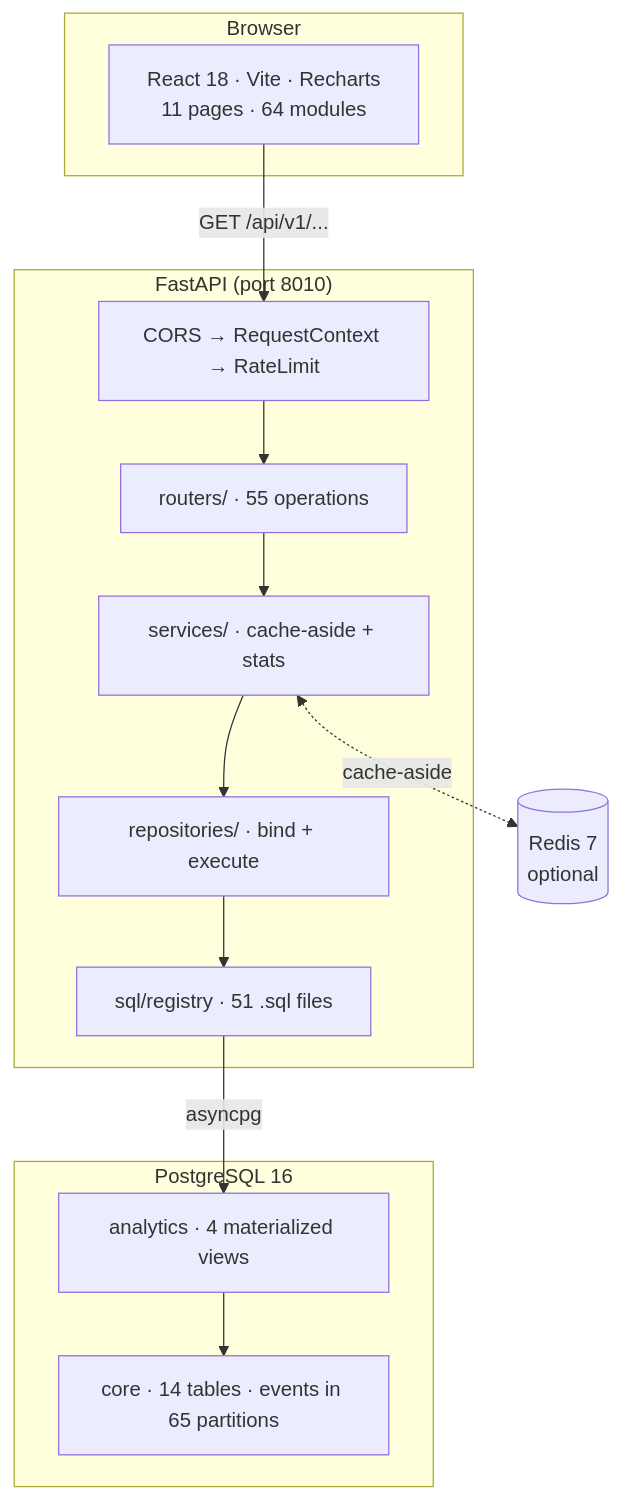
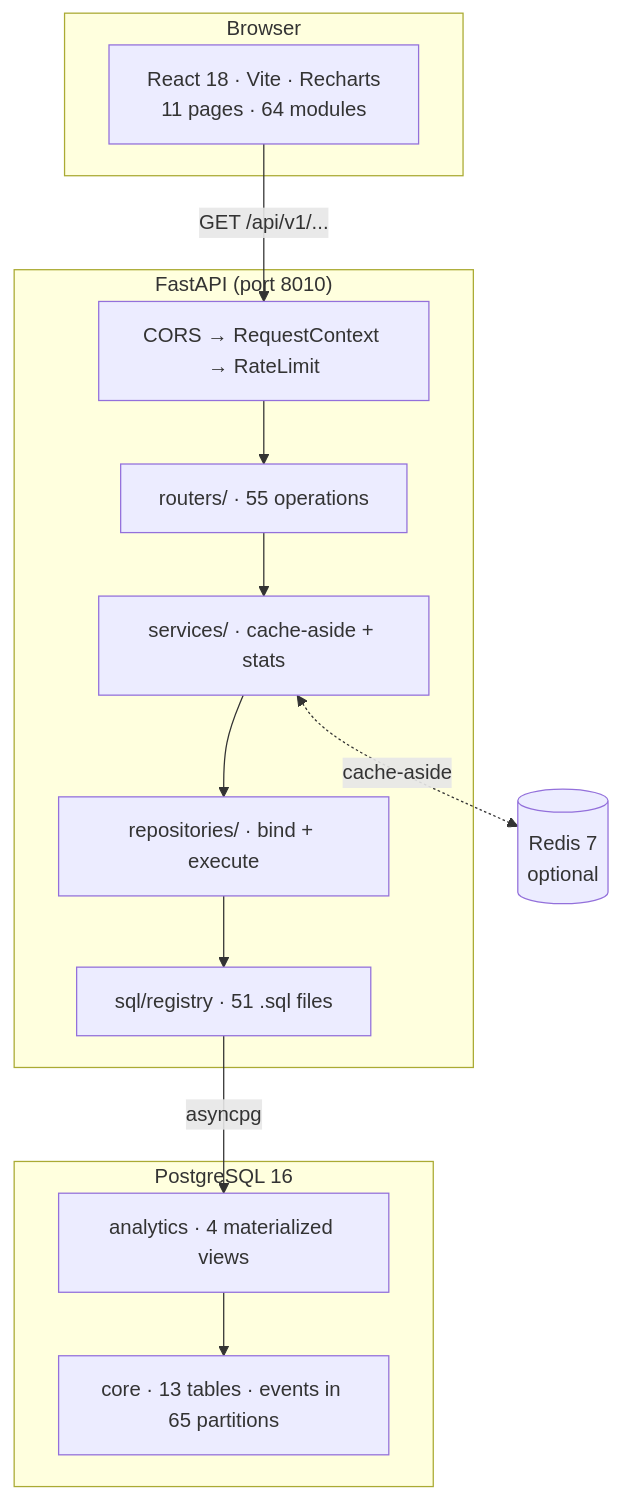
One commit to Dayimshah/vireo-prism changed the diagram in docs/architecture.md. Above: the diagram before and after it, drawn with Mermaid. The commit also changed 2 other files, not shown here.

Commit message:
Correct core table count from 14 to 13
README, architecture.md and data-model.md all claimed 14 tables in core
while data-model.md's own ER diagram enumerated 13 entities -- an
internal contradiction a reviewer could spot in seconds.

Verified against the live database (pg_class, excluding the 65 events_*
partitions, which share relkind 'r'): 13 base tables. Six dimensions, six
facts, plus content, which behaves as both.

````diff
--- a/docs/architecture.md
+++ b/docs/architecture.md
@@ -10,26 +10,26 @@
 ```mermaid
 flowchart TB
     subgraph browser["Browser"]
         UI["React 18 · Vite · Recharts<br/>11 pages · 64 modules"]
     end
 
     subgraph api["FastAPI (port 8010)"]
         MW["CORS → RequestContext → RateLimit"]
         RT["routers/ · 55 operations"]
         SV["services/ · cache-aside + stats"]
         RP["repositories/ · bind + execute"]
         RG["sql/registry · 51 .sql files"]
     end
 
     subgraph data["PostgreSQL 16"]
         AN["analytics · 4 materialized views"]
-        CO["core · 14 tables · events in 65 partitions"]
+        CO["core · 13 tables · events in 65 partitions"]
     end
 
     RD[("Redis 7<br/>optional")]
 
     UI -->|"GET /api/v1/..."| MW --> RT --> SV --> RP --> RG
     RG -->|"asyncpg"| AN
     AN --> CO
     SV <-.->|"cache-aside"| RD
 ```
````
